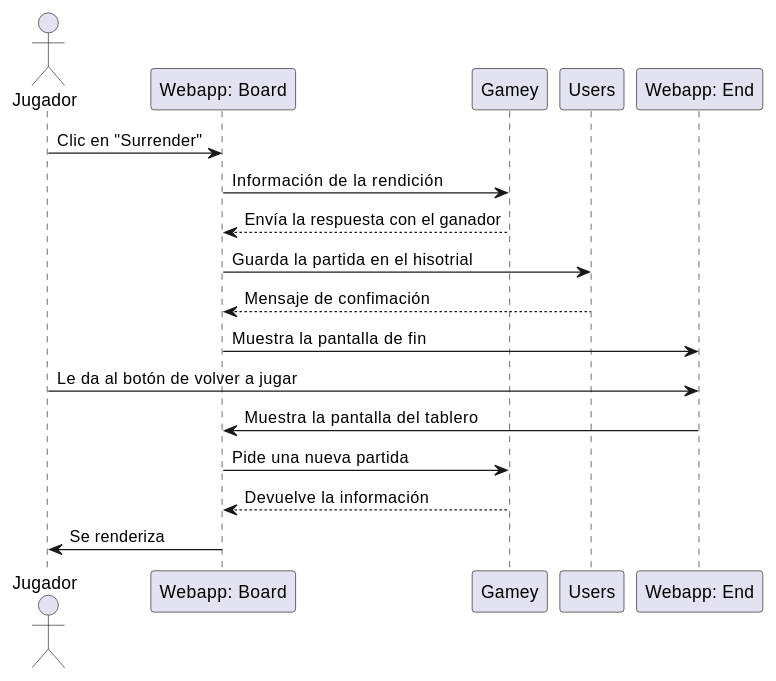
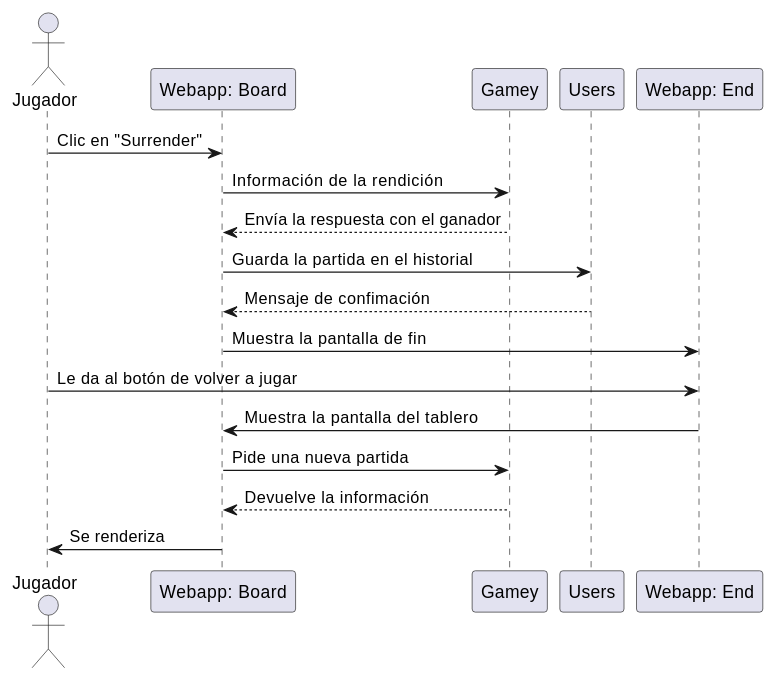
Before and after one commit to Arquisoft/yovi_es2a: diagram 12 of 13 in docs/src/12_tests.adoc, drawn with PlantUML. The commit also changed other lines of this file, not shown here.

```diff
--- a/docs/src/12_tests.adoc
+++ b/docs/src/12_tests.adoc
@@ -332,23 +332,23 @@
 [plantuml, game-surrender-and-restart, png]
 ....
 @startuml
 actor Jugador
 participant "Webapp: Board" as Board
 participant "Gamey" as Gamey
 participant "Users" as DB
 participant "Webapp: End" as End
 
 
 Jugador -> Board: Clic en "Surrender"
 Board -> Gamey: Información de la rendición
 Gamey --> Board: Envía la respuesta con el ganador
-Board -> DB: Guarda la partida en el hisotrial
+Board -> DB: Guarda la partida en el historial
 DB --> Board: Mensaje de confimación
 Board -> End: Muestra la pantalla de fin
 Jugador -> End: Le da al botón de volver a jugar
 End -> Board: Muestra la pantalla del tablero
 Board -> Gamey: Pide una nueva partida
 Gamey --> Board: Devuelve la información
 Board -> Jugador: Se renderiza
 @enduml
 ....
```
